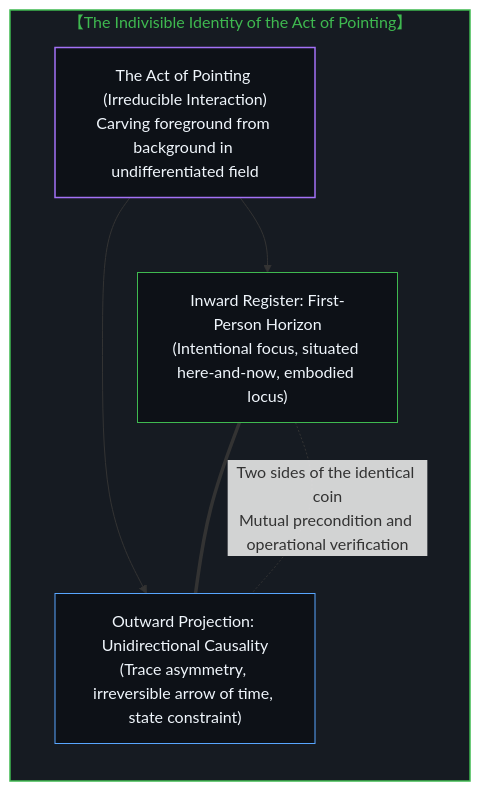
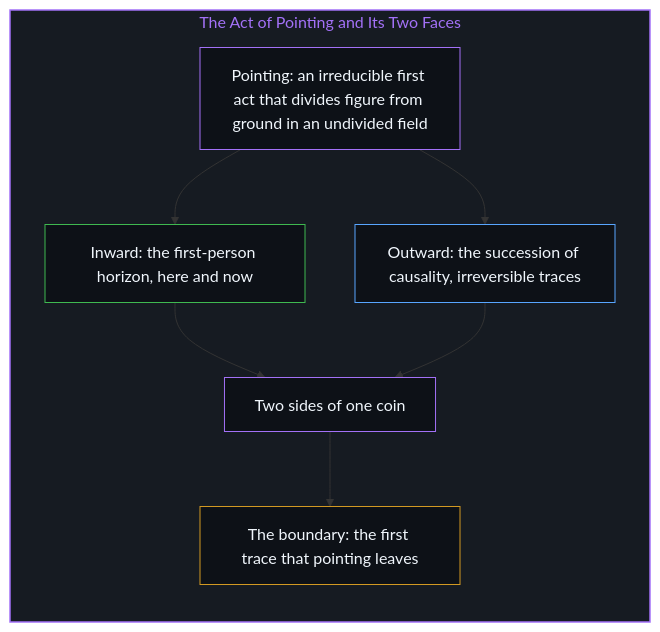
The fourth of 8 diagrams in content/posts/the-boundary-of-perception-and-the-infinity-of-understanding.md (powerpig99/not-a-toe), drawn with Mermaid before and after one commit. The commit also changed other lines of this file and 2 other files, not shown here.

Commit message:
Refine the-boundary-of-perception-and-the-infinity-of-understanding: every paragraph in both languages, four paired diagrams, the boundary as the trace of pointing, implicit first person

````diff
--- a/content/posts/the-boundary-of-perception-and-the-infinity-of-understanding.md
+++ b/content/posts/the-boundary-of-perception-and-the-infinity-of-understanding.md
@@ -81,15 +115,23 @@
 ```mermaid
-graph TD
-    subgraph S_CoinDuality_EN ["【The Indivisible Identity of the Act of Pointing】"]
+flowchart TD
+    subgraph S_Point["The Act of Pointing and Its Two Faces"]
         direction TB
-        PE_Action["The Act of Pointing (Irreducible Interaction)<br/>Carving foreground from background in undifferentiated field"] --> PE_Inner["Inward Register: First-Person Horizon<br/>(Intentional focus, situated here-and-now, embodied locus)"]
-        PE_Action --> PE_Outer["Outward Projection: Unidirectional Causality<br/>(Trace asymmetry, irreversible arrow of time, state constraint)"]
-        PE_Inner === PE_Outer
-        PE_Inner -. "Two sides of the identical coin<br/>Mutual precondition and operational verification" .- PE_Outer
+        Point["Pointing: an irreducible first act that divides figure from ground in an undivided field"]
+        Inward["Inward: the first-person horizon, here and now"]
+        Outward["Outward: the succession of causality, irreversible traces"]
+        Coin["Two sides of one coin"]
+        Trace["The boundary: the first trace that pointing leaves"]
+        Point --> Inward
+        Point --> Outward
+        Inward --> Coin
+        Outward --> Coin
+        Coin --> Trace
     end
 
-    style S_CoinDuality_EN fill:#161b22,stroke:#3fb950,stroke-width:1.5px,color:#3fb950
-    style PE_Action fill:#0d1117,stroke:#a371f7,stroke-width:1.5px,color:#f0f6fc
-    style PE_Inner fill:#0d1117,stroke:#3fb950,stroke-width:1px,color:#f0f6fc
-    style PE_Outer fill:#0d1117,stroke:#58a6ff,stroke-width:1px,color:#f0f6fc
+    style S_Point fill:#161b22,stroke:#a371f7,stroke-width:1.5px,color:#a371f7
+    style Point fill:#0d1117,stroke:#a371f7,stroke-width:1px,color:#f0f6fc
+    style Inward fill:#0d1117,stroke:#3fb950,stroke-width:1px,color:#f0f6fc
+    style Outward fill:#0d1117,stroke:#58a6ff,stroke-width:1px,color:#f0f6fc
+    style Coin fill:#0d1117,stroke:#a371f7,stroke-width:1px,color:#f0f6fc
+    style Trace fill:#0d1117,stroke:#d29922,stroke-width:1px,color:#f0f6fc
 ```
````
